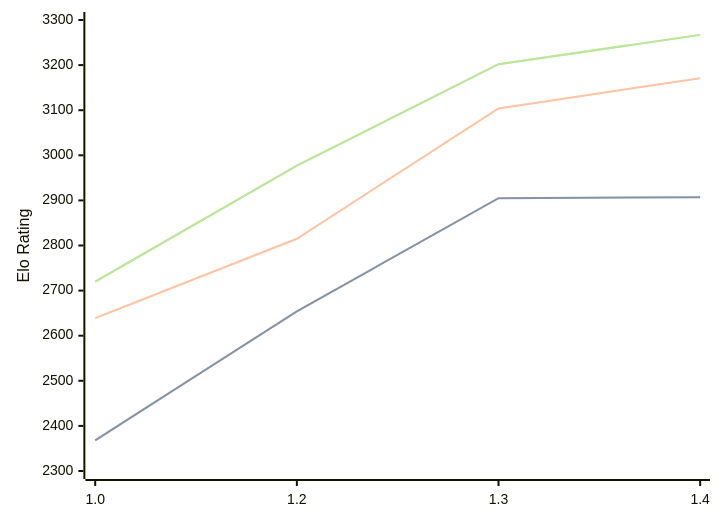
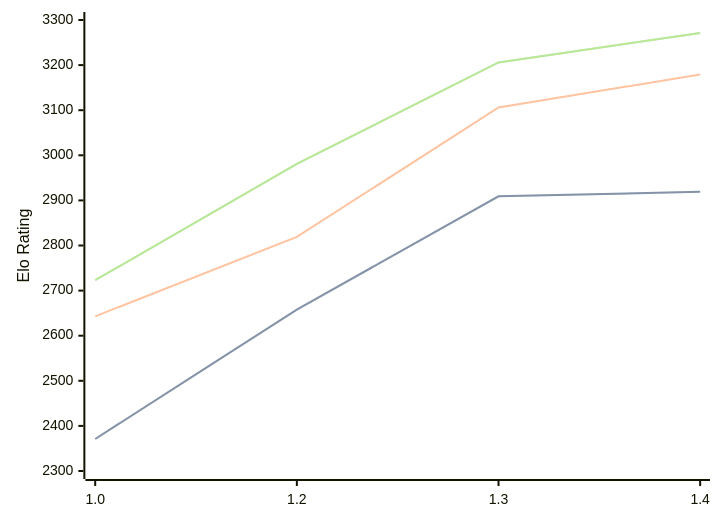
The diagram in engines/Chessnix.md (computer-chess-index/cci), drawn with Mermaid before and after one commit. The commit also changed other lines of this file, not shown here.

Commit message:
Update CCI Ratings (ELO VLTC) - 2026-04-30

````diff
--- a/engines/Chessnix.md
+++ b/engines/Chessnix.md
@@ -36,11 +36,11 @@
 ```mermaid
 %%{init: {"theme":"base","themeVariables":{"seriesColors:['#a3a3a3','#222221','#faa371']}}}%%
 xychart-beta
   x-axis ["1.0", "1.2", "1.3", "1.4"]
   y-axis "Elo Rating" 2300 --> 3300
-  line "STC (8.0+0.08s)" [2368, 2654, 2905, 2907]
-  line "STC (8.0+0.08s)" [2368, 2654, 2905, 2907]
-  line "LTC (60.0+0.60s)" [2639, 2815, 3104, 3171]
-  line "VLTC (2m24s+1.12s)" [2720, 2977, 3202, 3267]
-  line "VLTC (2m24s+1.12s)" [2720, 2977, 3202, 3267]
+  line "STC (8.0+0.08s)" [2371, 2658, 2909, 2919]
+  line "STC (8.0+0.08s)" [2371, 2658, 2909, 2919]
+  line "LTC (60.0+0.60s)" [2643, 2819, 3106, 3179]
+  line "VLTC (2m24s+1.12s)" [2723, 2981, 3206, 3271]
+  line "VLTC (2m24s+1.12s)" [2723, 2981, 3206, 3271]
 ```
````
